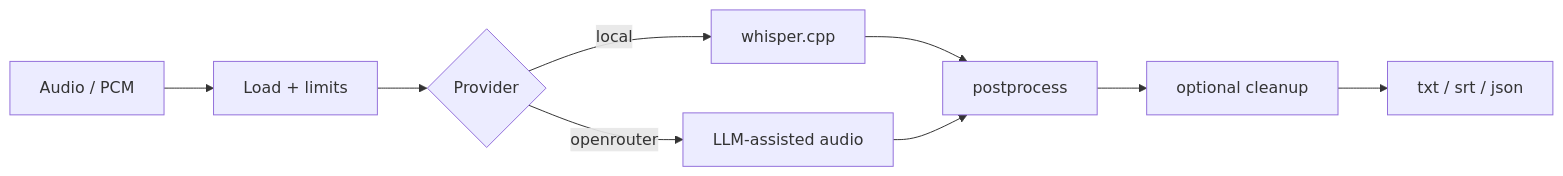
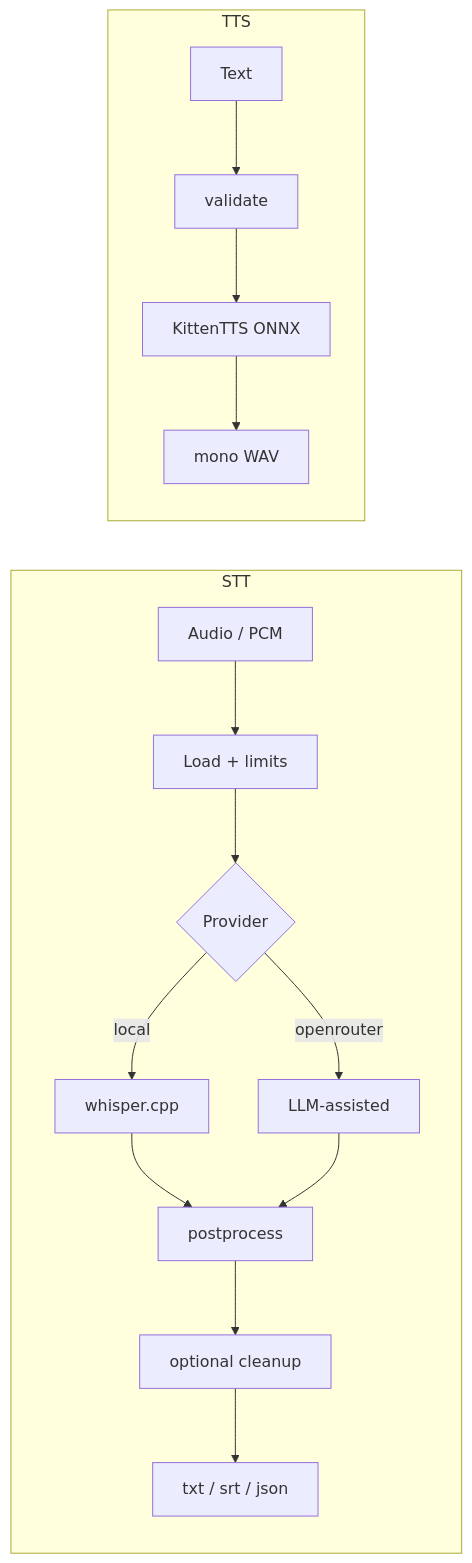
One commit to joe-broadhead/aurum changed the diagram in docs/index.md. Above: the diagram before and after it, drawn with Mermaid. The commit also changed other lines of this file and 17 other files, not shown here.

````diff
--- a/docs/index.md
+++ b/docs/index.md
@@ -25,11 +32,18 @@
 ```mermaid
 flowchart LR
-  A[Audio / PCM] --> B[Load + limits]
-  B --> C{Provider}
-  C -->|local| D[whisper.cpp]
-  C -->|openrouter| E[LLM-assisted audio]
-  D --> F[postprocess]
-  E --> F
-  F --> G[optional cleanup]
-  G --> H[txt / srt / json]
+  subgraph stt [STT]
+    A[Audio / PCM] --> B[Load + limits]
+    B --> C{Provider}
+    C -->|local| D[whisper.cpp]
+    C -->|openrouter| E[LLM-assisted]
+    D --> F[postprocess]
+    E --> F
+    F --> G[optional cleanup]
+    G --> H[txt / srt / json]
+  end
+  subgraph tts [TTS]
+    T[Text] --> U[validate]
+    U --> V[KittenTTS ONNX]
+    V --> W[mono WAV]
+  end
 ```
````
